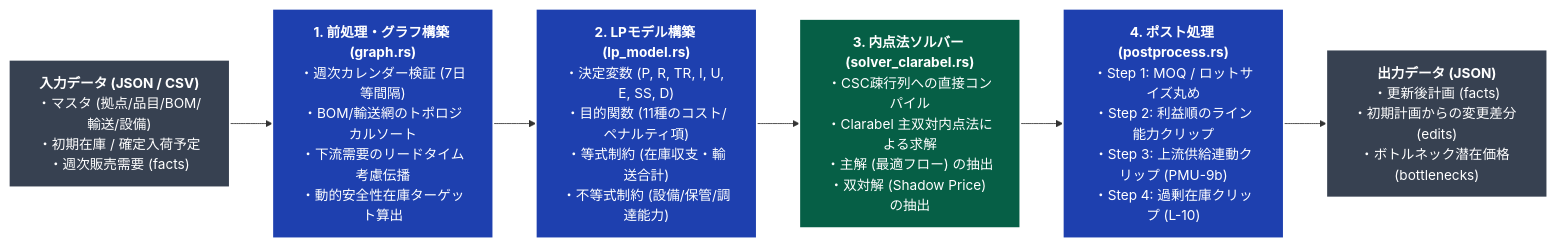
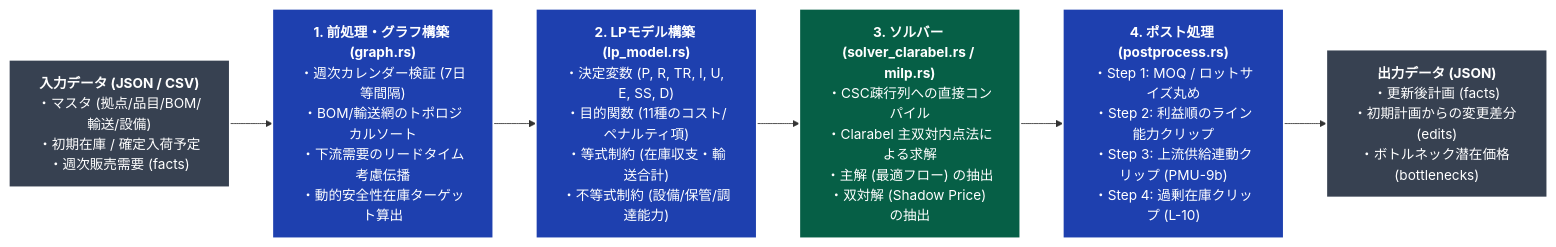
The first of 2 diagrams in README.md (iida-masashi/scm-lp-optimizer), drawn with Mermaid before and after one commit. The commit also changed other lines of this file and 6 other files, not shown here.

````diff
--- a/README.md
+++ b/README.md
@@ -88,19 +90,19 @@
 ```mermaid
 flowchart LR
     classDef io fill:#374151,stroke:#ffffff,stroke-width:2px,color:#ffffff;
     classDef step fill:#1e40af,stroke:#ffffff,stroke-width:2px,color:#ffffff;
     classDef solver fill:#065f46,stroke:#ffffff,stroke-width:2px,color:#ffffff;
 
     A["<div style='color:#ffffff;'><b>入力データ (JSON / CSV)</b><br/>・マスタ (拠点/品目/BOM/輸送/設備)<br/>・初期在庫 / 確定入荷予定<br/>・週次販売需要 (facts)</div>"]:::io
     B["<div style='color:#ffffff;'><b>1. 前処理・グラフ構築 (graph.rs)</b><br/>・週次カレンダー検証 (7日等間隔)<br/>・BOM/輸送網のトポロジカルソート<br/>・下流需要のリードタイム考慮伝播<br/>・動的安全性在庫ターゲット算出</div>"]:::step
     C["<div style='color:#ffffff;'><b>2. LPモデル構築 (lp_model.rs)</b><br/>・決定変数 (P, R, TR, I, U, E, SS, D)<br/>・目的関数 (11種のコスト/ペナルティ項)<br/>・等式制約 (在庫収支・輸送合計)<br/>・不等式制約 (設備/保管/調達能力)</div>"]:::step
-    D["<div style='color:#ffffff;'><b>3. 内点法ソルバー (solver_clarabel.rs)</b><br/>・CSC疎行列への直接コンパイル<br/>・Clarabel 主双対内点法による求解<br/>・主解 (最適フロー) の抽出<br/>・双対解 (Shadow Price) の抽出</div>"]:::solver
+    D["<div style='color:#ffffff;'><b>3. ソルバー (solver_clarabel.rs / milp.rs)</b><br/>・CSC疎行列への直接コンパイル<br/>・Clarabel 主双対内点法による求解<br/>・主解 (最適フロー) の抽出<br/>・双対解 (Shadow Price) の抽出</div>"]:::solver
     E["<div style='color:#ffffff;'><b>4. ポスト処理 (postprocess.rs)</b><br/>・Step 1: MOQ / ロットサイズ丸め<br/>・Step 2: 利益順のライン能力クリップ<br/>・Step 3: 上流供給連動クリップ (PMU-9b)<br/>・Step 4: 過剰在庫クリップ (L-10)</div>"]:::step
     F["<div style='color:#ffffff;'><b>出力データ (JSON)</b><br/>・更新後計画 (facts)<br/>・初期計画からの変更差分 (edits)<br/>・ボトルネック潜在価格 (bottlenecks)</div>"]:::io
 
     A --> B
     B --> C
     C --> D
     D --> E
     E --> F
 ```
````
